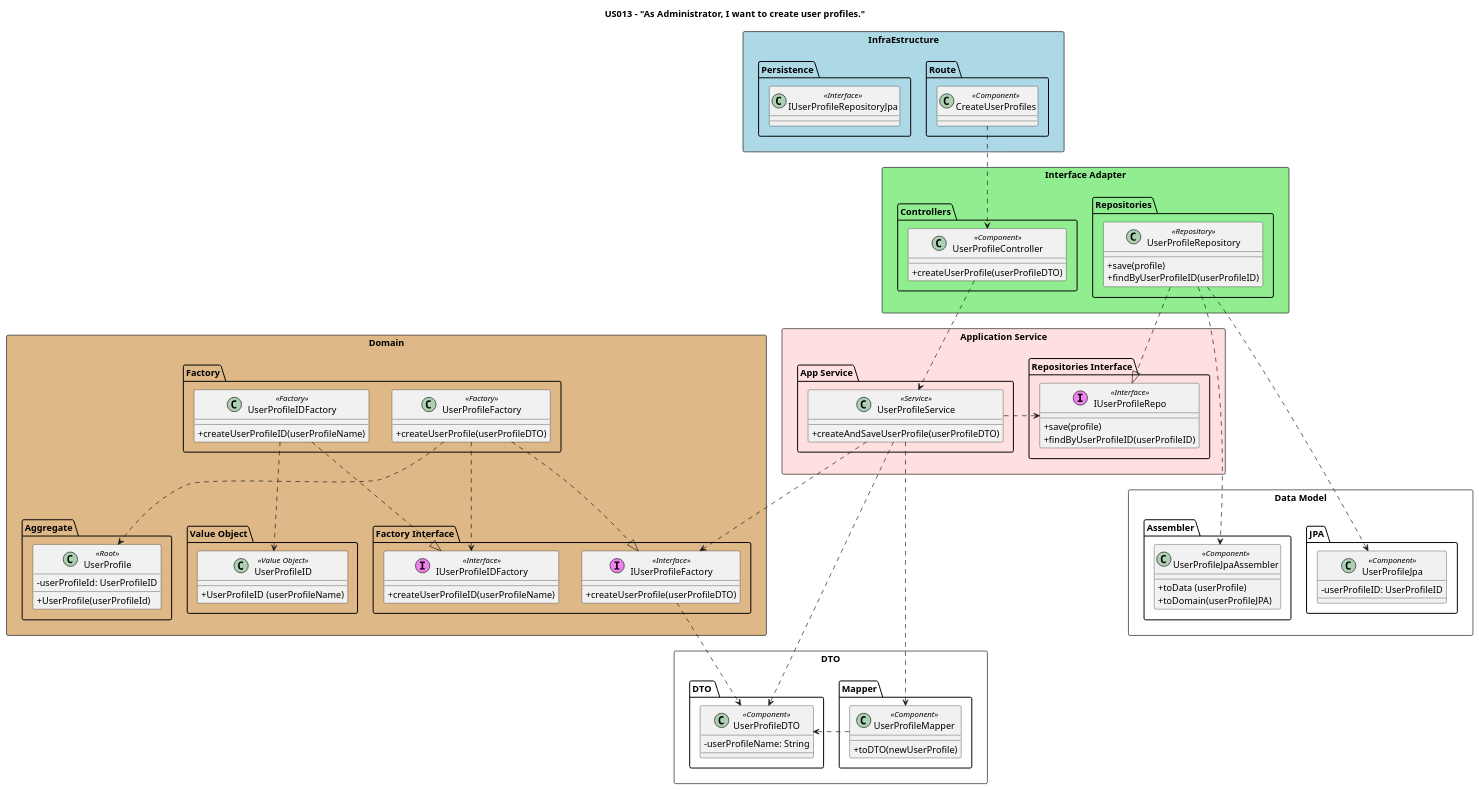
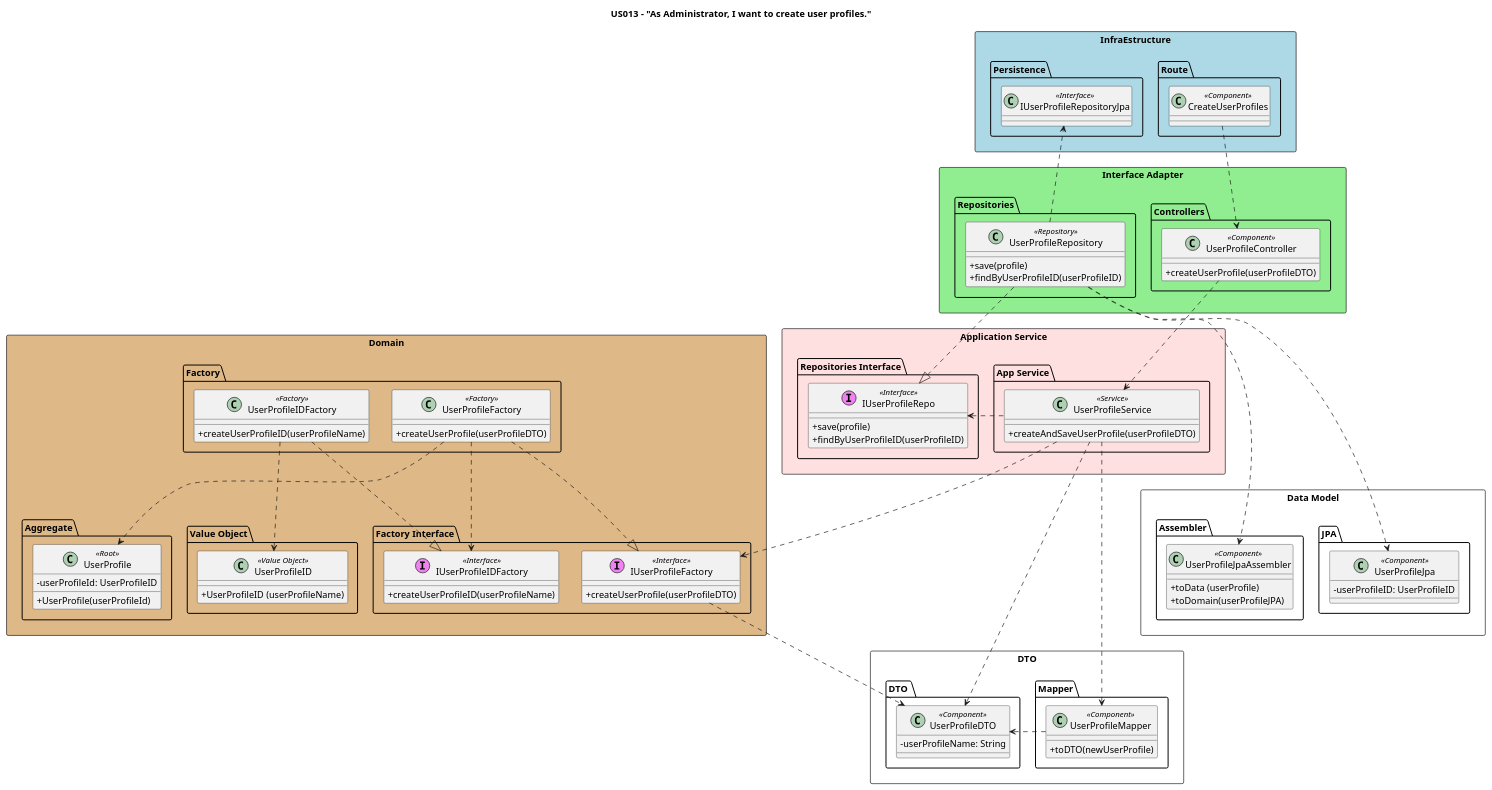
One commit to nunogon1211787/projectManagement changed the diagram in docs/Sprint1/US013/US13-CD.puml. Above: the diagram before and after it, drawn with PlantUML. The commit also changed 8 other files, not shown here.

```diff
--- a/docs/Sprint1/US013/US13-CD.puml
+++ b/docs/Sprint1/US013/US13-CD.puml
@@ -1,142 +1,143 @@
 @startuml
 
 skinparam classAttributeIconSize 0
 
 title US013 - "As Administrator, I want to create user profiles."
 
 package "InfraEstructure" <<Rectangle>> #lightblue {
 package "Route"{
     class "CreateUserProfiles" as route <<Component>>
     }
 
     package "Persistence" {
     class "IUserProfileRepositoryJpa" as jpa <<Interface>>
     }
 }
 
 
 
 package "Interface Adapter" <<Rectangle>> #lightgreen{
 package "Controllers" <<Folder>>{
     class "UserProfileController" as ctrl <<Component>>{
      +createUserProfile(userProfileDTO)
     }
     }
 
 
     package "Repositories" <<Folder>>{
     class "UserProfileRepository" as uRepo <<Repository>>{
     +save(profile)
     +findByUserProfileID(userProfileID)
 
     }
 }
 }
 
 package "DTO" <<Rectangle>>  {
 
 package "DTO " {
     class "UserProfileDTO" as dto <<Component>> {
     -userProfileName: String
     }
 }
 
 
 package "Mapper"{
     class "UserProfileMapper" as mapper <<Component>> {
     +toDTO(newUserProfile)
     }
 }
 
 }
 
 
 
 
 package "Application Service"<<Rectangle>> #implementation {
     package "App Service" {
         class "UserProfileService" as service <<Service>>{
         +createAndSaveUserProfile(userProfileDTO)
         }
     }
     package "Repositories Interface" {
         class "IUserProfileRepo" as iUserProfileRepo <<(I, Violet) Interface>> {
              +save(profile)
              +findByUserProfileID(userProfileID)
         }
 
     }
 
 
 }
 
 package "Domain" <<Rectangle>>#burlywood  {
     package "Factory" {
         class "UserProfileFactory" as userProfileFactory <<Factory>> {
         +createUserProfile(userProfileDTO)
         }
 
         class "UserProfileIDFactory" as userProfileIDFactory <<Factory>> {
         +createUserProfileID(userProfileName)
         }
 
     }
 
       package "Factory Interface" as factoryInterface <<Folder>>{
 
           class "IUserProfileIDFactory" as iUserProfileIDFactory <<(I, Violet) Interface>> {
                 +createUserProfileID(userProfileName)
                 }
 
           class "IUserProfileFactory" as iUserProfileFactory <<(I, Violet) Interface>> {
                  +createUserProfile(userProfileDTO)
                  }
       }
 
 
     package "Aggregate" {
         class "UserProfile" as userProfile <<Root>>{
          -userProfileId: UserProfileID
          +UserProfile(userProfileId)
         }
     }
     package "Value Object"  {
         class "UserProfileID" as userProfileID <<Value Object>>{
         +UserProfileID (userProfileName)
         }
     }
 }
 
     package "Data Model" <<Rectangle>>{
     package "Assembler" <<Folder>> {
         class "UserProfileJpaAssembler" as assemblerjpa <<Component>> {
         +toData (userProfile)
         +toDomain(userProfileJPA)
         }
      }
 
 
     package "JPA" <<Folder>> {
         class "UserProfileJpa" as UPjpa <<Component>> {
         -userProfileID: UserProfileID
         }
 
 route ..> ctrl
 ctrl ..> service
 uRepo ..|> iUserProfileRepo
 service .left.> iUserProfileRepo
 service ..> iUserProfileFactory
 service ...right.> dto
 service .down.> mapper
 userProfileFactory ..down|> iUserProfileFactory
 userProfileIDFactory ..down|> iUserProfileIDFactory
 userProfileFactory ..down> iUserProfileIDFactory
 userProfileFactory ..down> userProfile
 userProfileIDFactory ..down> userProfileID
 uRepo ...> assemblerjpa
 uRepo ...> UPjpa
 iUserProfileFactory..>dto
 mapper .right..> dto
+uRepo ..>jpa
 
 
 @enduml
```
